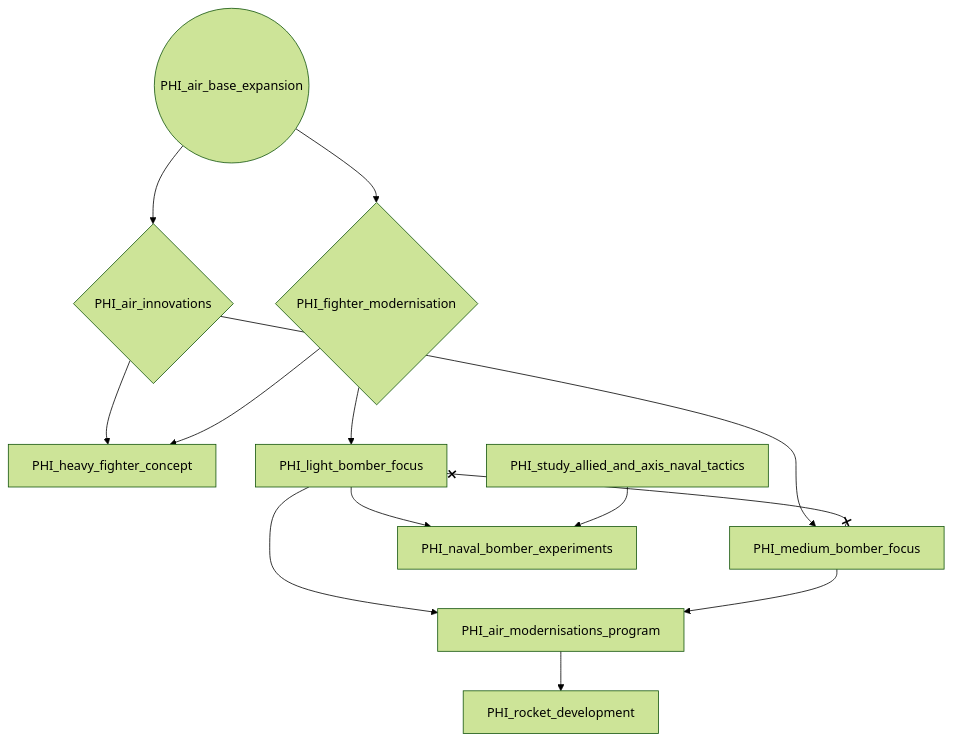
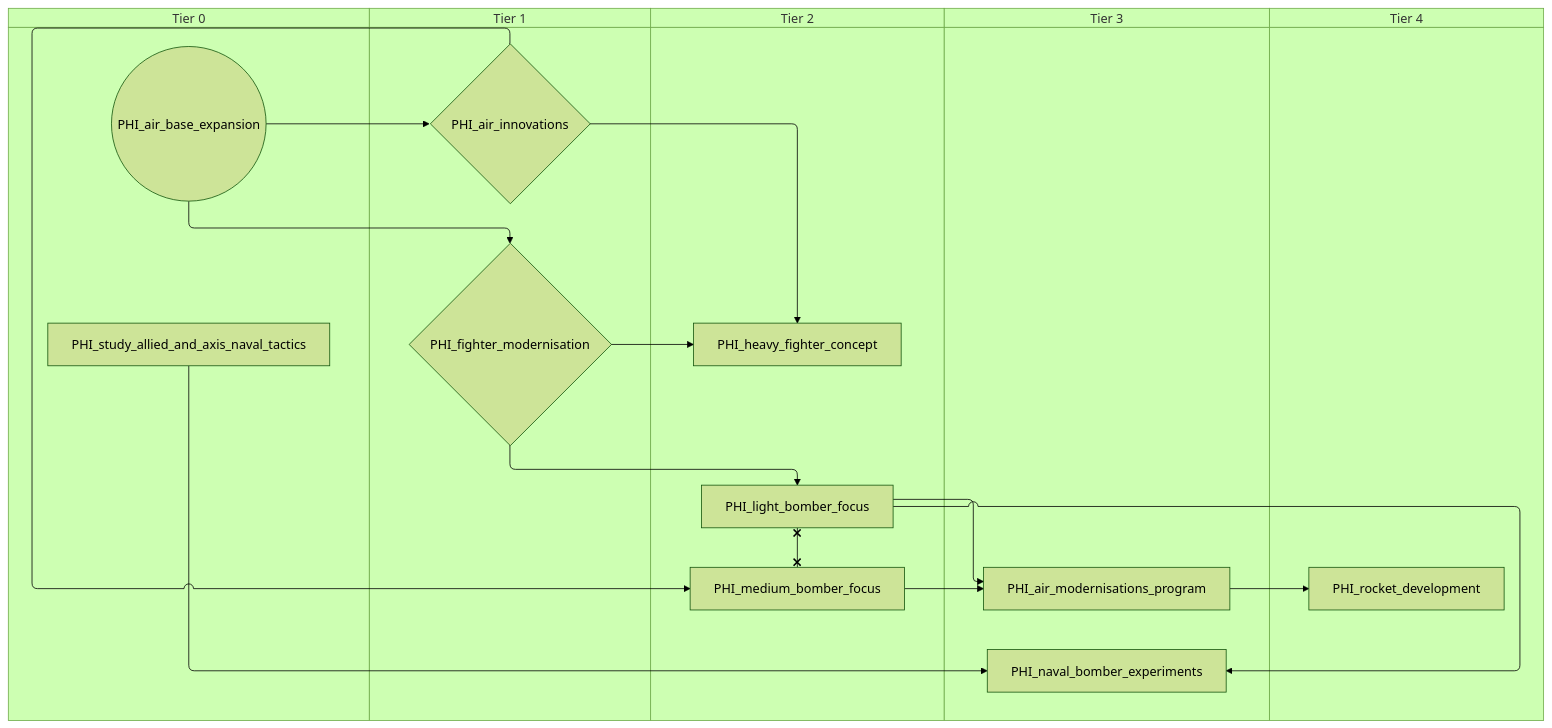
One commit to evgeny-sobol/hoi4-sandbox-mode-r56 changed the first of 5 diagrams in docs/gdd/National Focuses/r56_philippines.md. Above: the diagram before and after it, drawn with Mermaid (forest theme). The commit also changed other lines of this file and 423 other files, not shown here.

First line of the commit message:
Re-export Rt56 focus trees as swimlane diagrams

````diff
--- a/docs/gdd/National Focuses/r56_philippines.md
+++ b/docs/gdd/National Focuses/r56_philippines.md
@@ -3,25 +3,35 @@
 ```mermaid
-flowchart TD
-    n1(("PHI_air_base_expansion"))
-    n2{"PHI_air_innovations"}
-    n3["PHI_air_modernisations_program"]
-    n4{"PHI_fighter_modernisation"}
-    n5["PHI_heavy_fighter_concept"]
-    n6["PHI_light_bomber_focus"]
-    n7["PHI_medium_bomber_focus"]
-    n8["PHI_naval_bomber_experiments"]
-    n9["PHI_rocket_development"]
-    n10["PHI_study_allied_and_axis_naval_tactics"]
-    n1 --> n2
-    n6 --> n3
-    n7 --> n3
+swimlane-beta TD
+    subgraph tier_0["Tier 0"]
+        n1(("PHI_air_base_expansion"))
+        n2["PHI_study_allied_and_axis_naval_tactics"]
+    end
+    subgraph tier_1["Tier 1"]
+        n3{"PHI_air_innovations"}
+        n4{"PHI_fighter_modernisation"}
+    end
+    subgraph tier_2["Tier 2"]
+        n5["PHI_heavy_fighter_concept"]
+        n6["PHI_light_bomber_focus"]
+        n7["PHI_medium_bomber_focus"]
+    end
+    subgraph tier_3["Tier 3"]
+        n8["PHI_air_modernisations_program"]
+        n9["PHI_naval_bomber_experiments"]
+    end
+    subgraph tier_4["Tier 4"]
+        n10["PHI_rocket_development"]
+    end
+    n1 --> n3
+    n6 --> n8
+    n7 --> n8
     n1 --> n4
-    n2 --> n5
+    n3 --> n5
     n4 --> n5
     n4 --> n6
-    n2 --> n7
-    n6 --> n8
-    n10 --> n8
-    n3 --> n9
+    n3 --> n7
+    n6 --> n9
+    n2 --> n9
+    n8 --> n10
     n6 x--x n7
 ```
````
